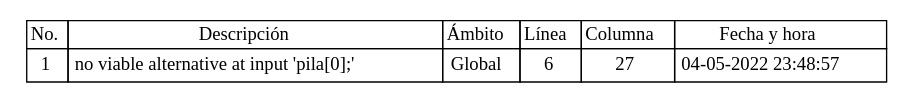
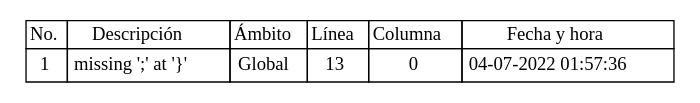
One commit to Jodyannre/COMPI2_proyecto2_2022 changed the diagram in Back/Web/tablas/tablaErrores.dot. Above: the diagram before and after it, drawn with Graphviz. The commit also changed 20 other files, not shown here.

```diff
--- a/Back/Web/tablas/tablaErrores.dot
+++ b/Back/Web/tablas/tablaErrores.dot
@@ -1,36 +1,36 @@
 
 	digraph {
 		tablaSimbolos [
 		  shape=plaintext
 		  label=<
 			<table border='0' cellborder='1' color='black' cellspacing='0'>
 			  <tr>
 				  <td>No.</td>
 				  <td>Descripción</td>
 				  <td>Ámbito</td>
 				  <td>Línea</td>
 				  <td>Columna</td>
 				  <td>Fecha y hora</td>
 			  </tr>
 	
 <tr>
 <td cellpadding='4'>
 1
 </td>
-<td cellpadding='4'>no viable alternative at input 'pila[0];'
+<td cellpadding='4'>missing ';' at '}'
 </td>
 <td cellpadding='4'>Global
 </td>
-<td cellpadding='4'>6
+<td cellpadding='4'>13
 </td>
 <td cellpadding='4'>
-27
+0
 </td>
 <td cellpadding='4'>
-04-05-2022 23:48:57
+04-07-2022 01:57:36
 </td>
 </tr>
 
 		</table>
 		>];
 	}
```
